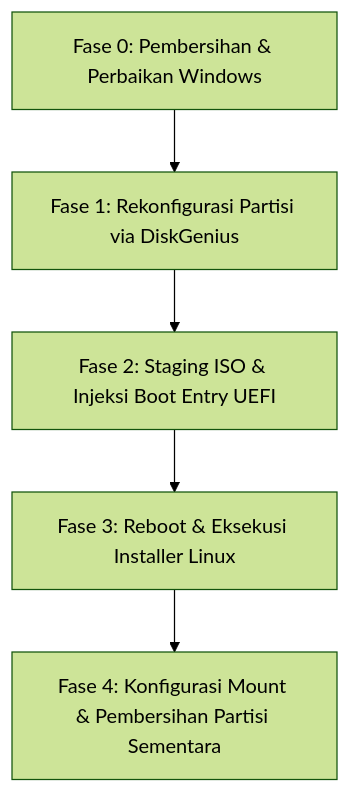
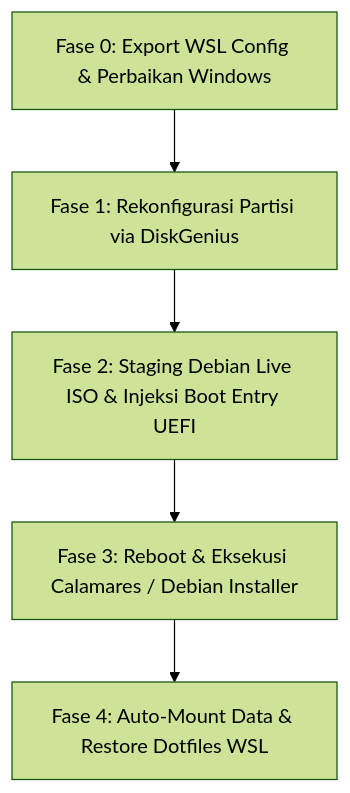
Before and after one commit to 0xrizz/os-manager: the diagram in docs/LINUX_MIGRATION_BLUEPRINT.md, drawn with Mermaid (forest theme). The commit also changed other lines of this file and 2 other files, not shown here.

````diff
--- a/docs/LINUX_MIGRATION_BLUEPRINT.md
+++ b/docs/LINUX_MIGRATION_BLUEPRINT.md
@@ -76,7 +74,7 @@
 ```mermaid
 flowchart TD
-    A[Fase 0: Pembersihan & Perbaikan Windows] --> B[Fase 1: Rekonfigurasi Partisi via DiskGenius]
-    B --> C[Fase 2: Staging ISO & Injeksi Boot Entry UEFI]
-    C --> D[Fase 3: Reboot & Eksekusi Installer Linux]
-    D --> E[Fase 4: Konfigurasi Mount & Pembersihan Partisi Sementara]
+    A[Fase 0: Export WSL Config & Perbaikan Windows] --> B[Fase 1: Rekonfigurasi Partisi via DiskGenius]
+    B --> C[Fase 2: Staging Debian Live ISO & Injeksi Boot Entry UEFI]
+    C --> D[Fase 3: Reboot & Eksekusi Calamares / Debian Installer]
+    D --> E[Fase 4: Auto-Mount Data & Restore Dotfiles WSL]
 ```
````
